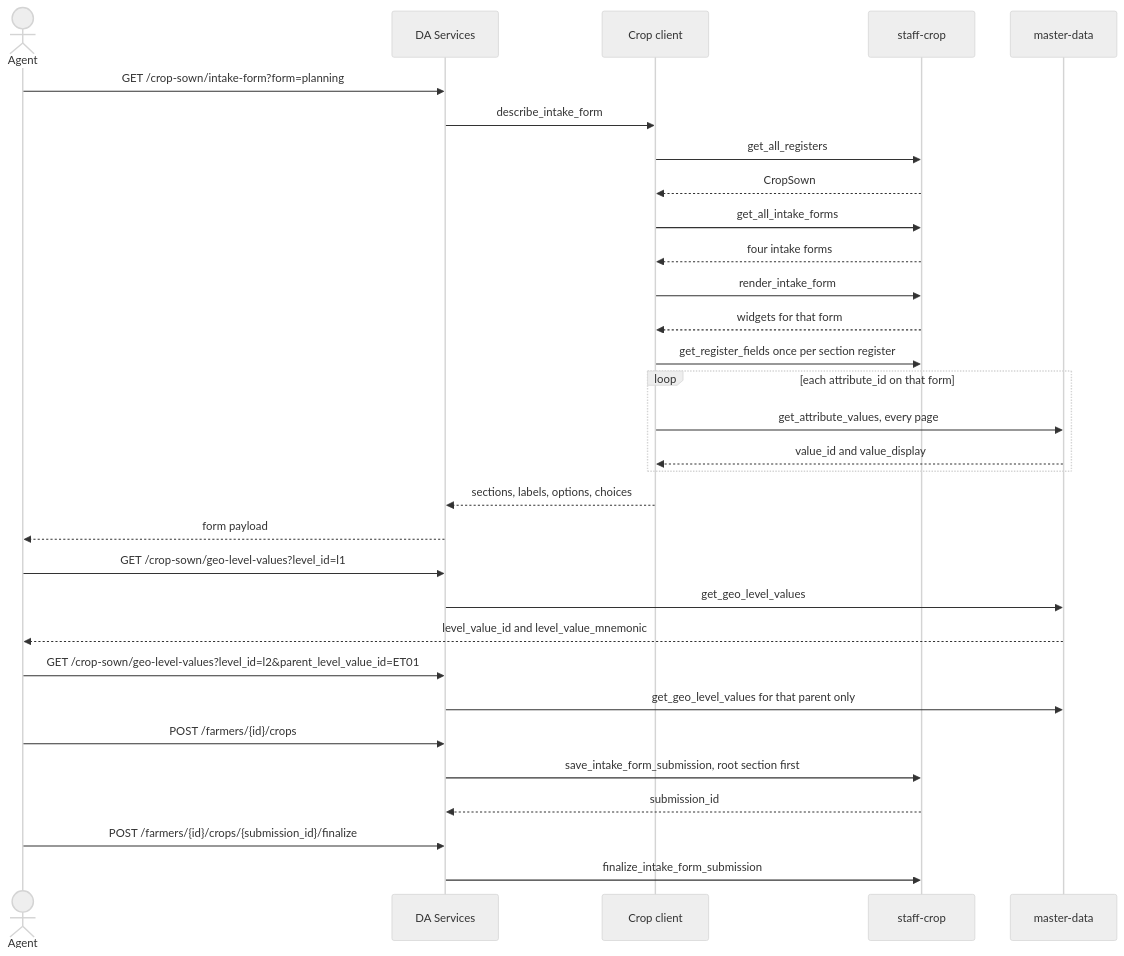
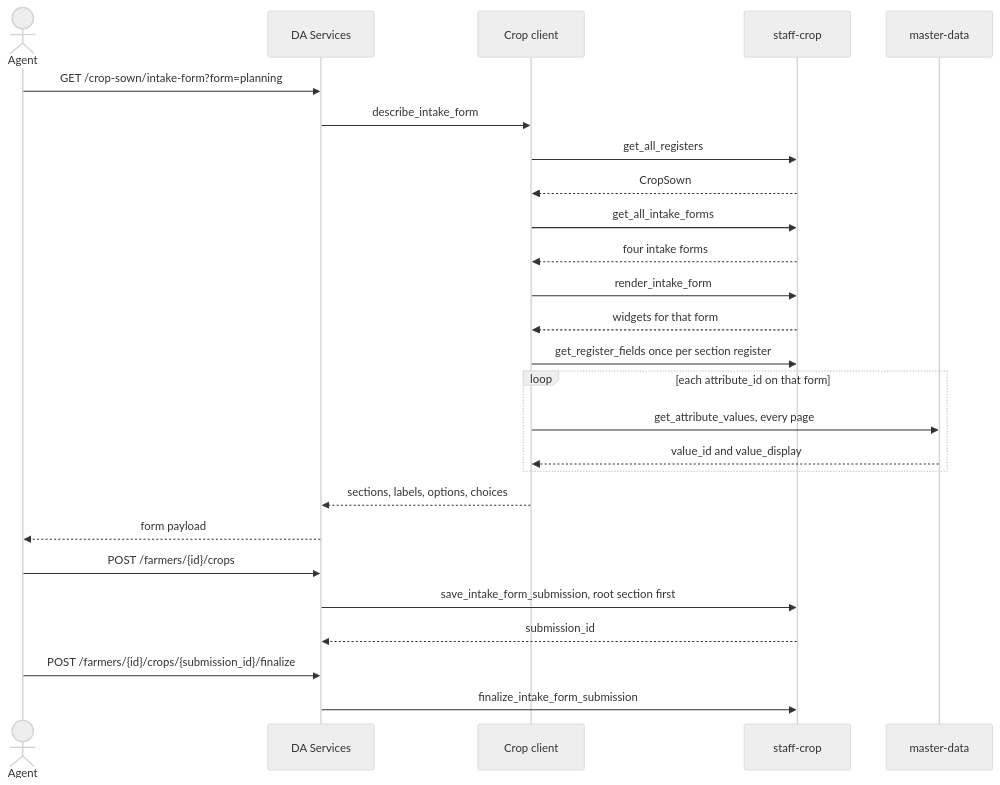
One commit to Centre-for-Open-Societal-Systems/oan_da_app_services changed the diagram in docs/crop-sown-integration.md. Above: the diagram before and after it, drawn with Mermaid (neutral theme). The commit also changed other lines of this file and 37 other files, not shown here.

````diff
--- a/docs/crop-sown-integration.md
+++ b/docs/crop-sown-integration.md
@@ -39,37 +39,30 @@
 ```mermaid
 sequenceDiagram
   actor Agent
   participant DA as DA Services
   participant Crop as Crop client
   participant Staff as staff-crop
   participant MD as master-data
 
   Agent->>DA: GET /crop-sown/intake-form?form=planning
   DA->>Crop: describe_intake_form
   Crop->>Staff: get_all_registers
   Staff-->>Crop: CropSown
   Crop->>Staff: get_all_intake_forms
   Staff-->>Crop: four intake forms
   Crop->>Staff: render_intake_form
   Staff-->>Crop: widgets for that form
   Crop->>Staff: get_register_fields once per section register
   loop each attribute_id on that form
     Crop->>MD: get_attribute_values, every page
     MD-->>Crop: value_id and value_display
   end
   Crop-->>DA: sections, labels, options, choices
   DA-->>Agent: form payload
 
-  Agent->>DA: GET /crop-sown/geo-level-values?level_id=l1
-  DA->>MD: get_geo_level_values
-  MD-->>Agent: level_value_id and level_value_mnemonic
-
-  Agent->>DA: GET /crop-sown/geo-level-values?level_id=l2&parent_level_value_id=ET01
-  DA->>MD: get_geo_level_values for that parent only
-
   Agent->>DA: POST /farmers/{id}/crops
   DA->>Staff: save_intake_form_submission, root section first
   Staff-->>DA: submission_id
   Agent->>DA: POST /farmers/{id}/crops/{submission_id}/finalize
   DA->>Staff: finalize_intake_form_submission
 ```
````
